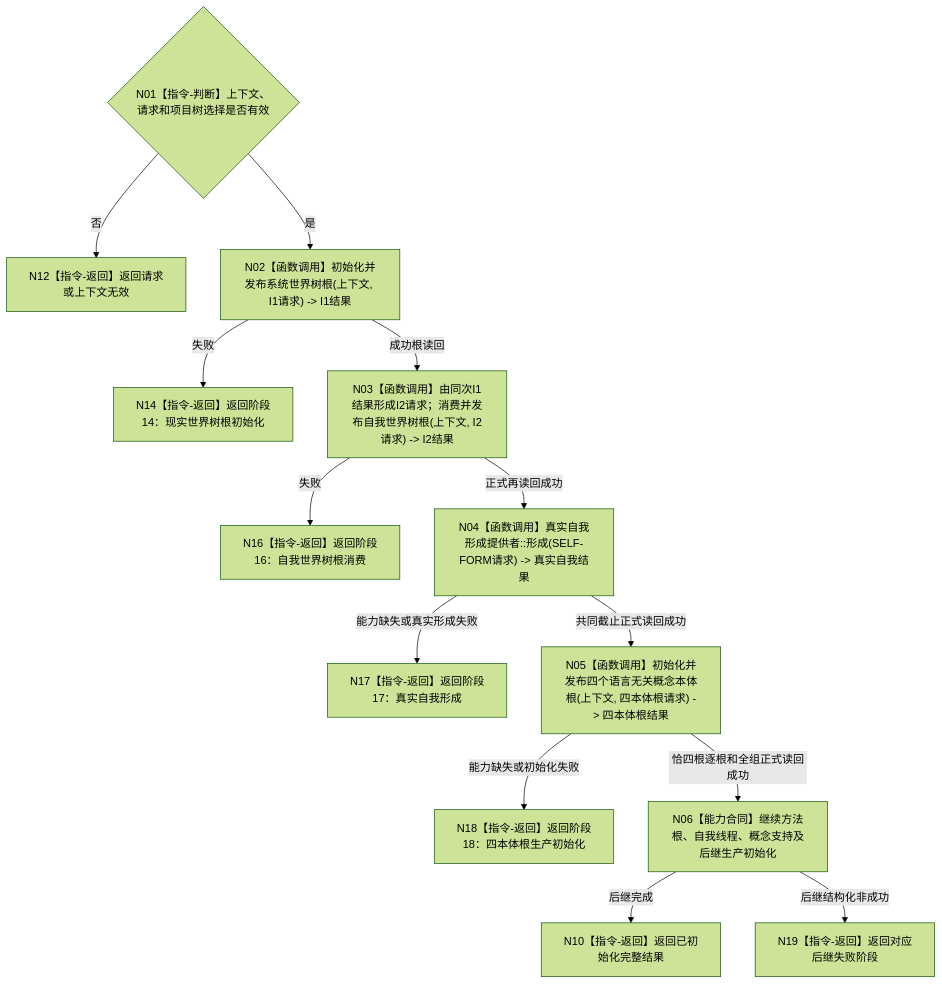
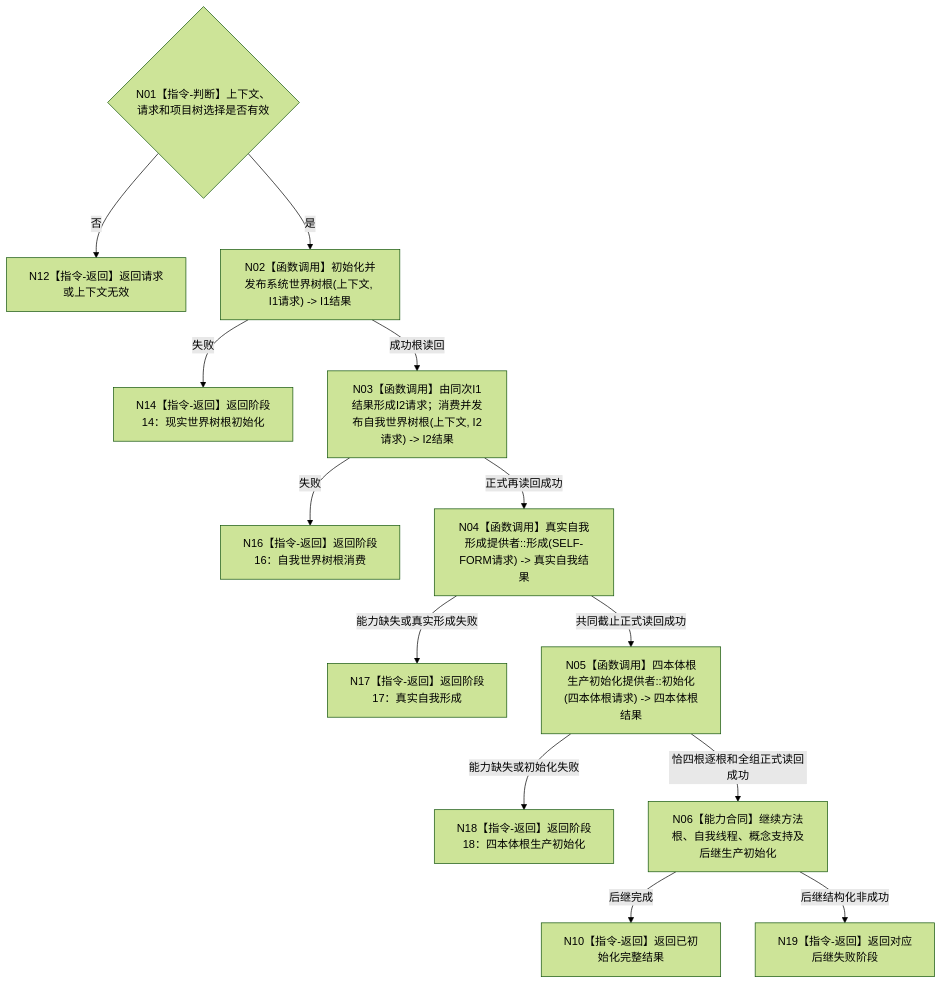
Before and after one commit to chunhaizh-cyber/HY-Ego: the diagram in 流程图/目标业务流程图/L2/BIZ-L2-001-03_初始化普通系统_目标函数流程图_v0.1.md, drawn with Mermaid (forest theme). The commit also changed other lines of this file and 36 other files, not shown here.

````diff
--- a/流程图/目标业务流程图/L2/BIZ-L2-001-03_初始化普通系统_目标函数流程图_v0.1.md
+++ b/流程图/目标业务流程图/L2/BIZ-L2-001-03_初始化普通系统_目标函数流程图_v0.1.md
@@ -29,15 +29,15 @@
 ```mermaid
 flowchart TD
     N01{"N01【指令-判断】上下文、请求和项目树选择是否有效"} -->|否| N12["N12【指令-返回】返回请求或上下文无效"]
     N01 -->|是| N02["N02【函数调用】初始化并发布系统世界树根(上下文, I1请求) -> I1结果"]
     N02 -->|失败| N14["N14【指令-返回】返回阶段14：现实世界树根初始化"]
     N02 -->|成功根读回| N03["N03【函数调用】由同次I1结果形成I2请求；消费并发布自我世界树根(上下文, I2请求) -> I2结果"]
     N03 -->|失败| N16["N16【指令-返回】返回阶段16：自我世界树根消费"]
     N03 -->|正式再读回成功| N04["N04【函数调用】真实自我形成提供者::形成(SELF-FORM请求) -> 真实自我结果"]
     N04 -->|能力缺失或真实形成失败| N17["N17【指令-返回】返回阶段17：真实自我形成"]
-    N04 -->|共同截止正式读回成功| N05["N05【函数调用】初始化并发布四个语言无关概念本体根(上下文, 四本体根请求) -> 四本体根结果"]
+    N04 -->|共同截止正式读回成功| N05["N05【函数调用】四本体根生产初始化提供者::初始化(四本体根请求) -> 四本体根结果"]
     N05 -->|能力缺失或初始化失败| N18["N18【指令-返回】返回阶段18：四本体根生产初始化"]
     N05 -->|恰四根逐根和全组正式读回成功| N06["N06【能力合同】继续方法根、自我线程、概念支持及后继生产初始化"]
     N06 -->|后继完成| N10["N10【指令-返回】返回已初始化完整结果"]
     N06 -->|后继结构化非成功| N19["N19【指令-返回】返回对应后继失败阶段"]
 ```
````
